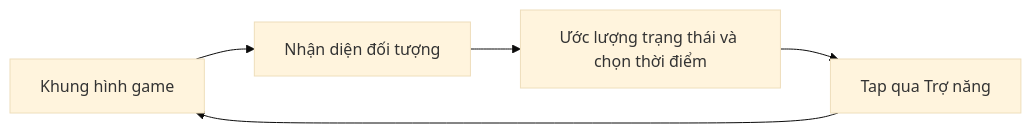
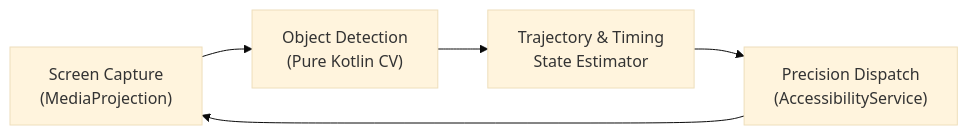
Before and after one commit to Tthanh2k6/AI_Lab: the diagram in README.md, drawn with Mermaid (base theme). The commit also changed other lines of this file, not shown here.

````diff
--- a/README.md
+++ b/README.md
@@ -67,7 +58,7 @@
 ```mermaid
 flowchart LR
-    Capture["Khung hình game"] --> Vision["Nhận diện đối tượng"]
-    Vision --> Control["Ước lượng trạng thái và chọn thời điểm"]
-    Control --> Tap["Tap qua Trợ năng"]
+    Capture["Screen Capture\n(MediaProjection)"] --> Vision["Object Detection\n(Pure Kotlin CV)"]
+    Vision --> Control["Trajectory & Timing\nState Estimator"]
+    Control --> Tap["Precision Dispatch\n(AccessibilityService)"]
     Tap --> Capture
 ```
````
